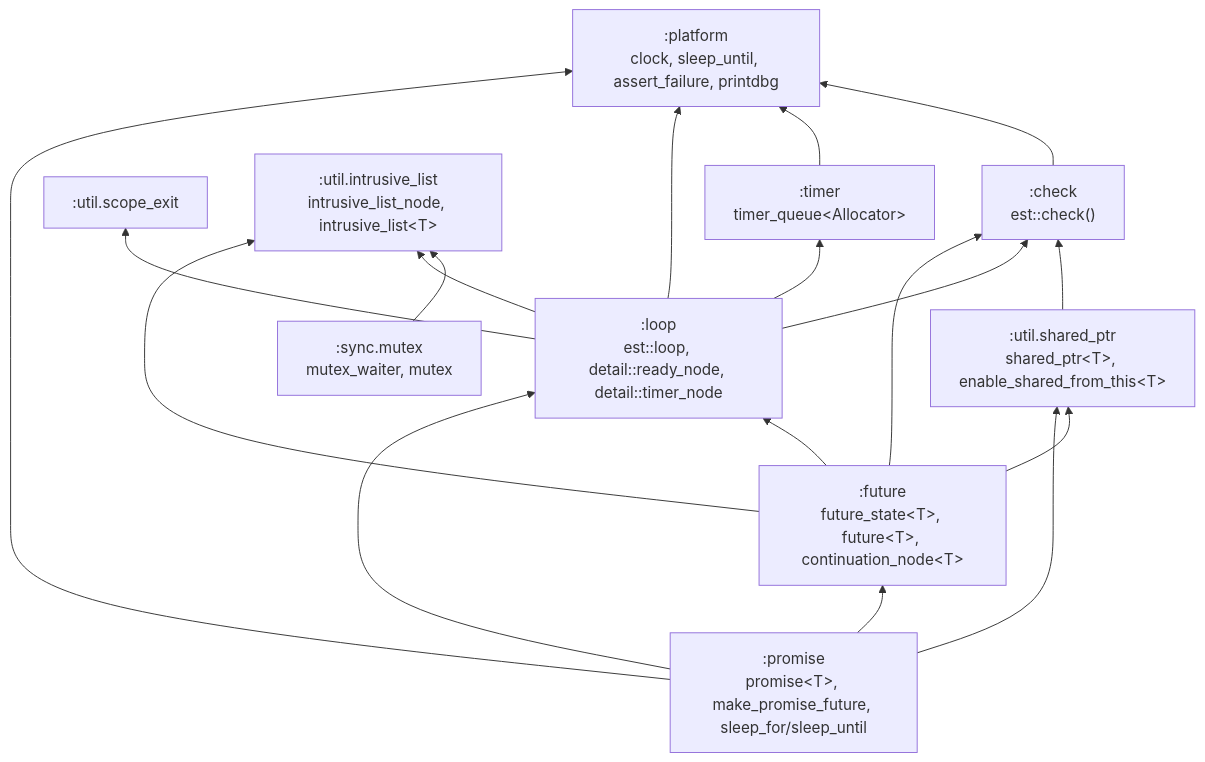
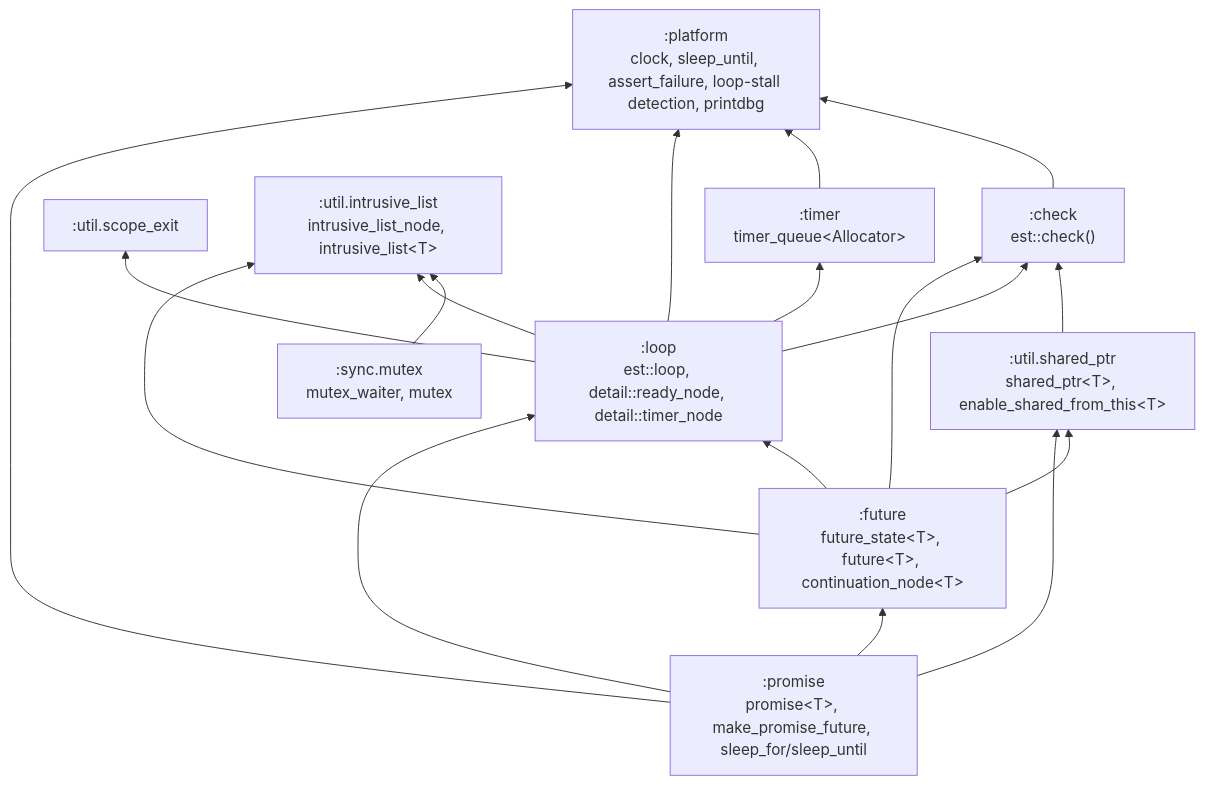
The diagram in docs/wiki/Architecture.md (andijcr/async_experiments), drawn with Mermaid before and after one commit. The commit also changed 6 other files, not shown here.

````diff
--- a/docs/wiki/Architecture.md
+++ b/docs/wiki/Architecture.md
@@ -10,31 +10,31 @@
 ```mermaid
 graph BT
-  platform[":platform<br/>clock, sleep_until, assert_failure, printdbg"]
+  platform[":platform<br/>clock, sleep_until, assert_failure, loop-stall detection, printdbg"]
   check[":check<br/>est::check()"]
   scope_exit[":util.scope_exit"]
   shared_ptr[":util.shared_ptr<br/>shared_ptr&lt;T&gt;, enable_shared_from_this&lt;T&gt;"]
   intrusive_list[":util.intrusive_list<br/>intrusive_list_node, intrusive_list&lt;T&gt;"]
   mutex[":sync.mutex<br/>mutex_waiter, mutex"]
   timer[":timer<br/>timer_queue&lt;Allocator&gt;"]
   loop[":loop<br/>est::loop, detail::ready_node, detail::timer_node"]
   future[":future<br/>future_state&lt;T&gt;, future&lt;T&gt;, continuation_node&lt;T&gt;"]
   promise[":promise<br/>promise&lt;T&gt;, make_promise_future, sleep_for/sleep_until"]
 
   check --> platform
   shared_ptr --> check
   mutex --> intrusive_list
   timer --> platform
   loop --> check
   loop --> platform
   loop --> intrusive_list
   loop --> timer
   loop --> scope_exit
   future --> check
   future --> loop
   future --> intrusive_list
   future --> shared_ptr
   promise --> future
   promise --> loop
   promise --> platform
   promise --> shared_ptr
 ```
````
